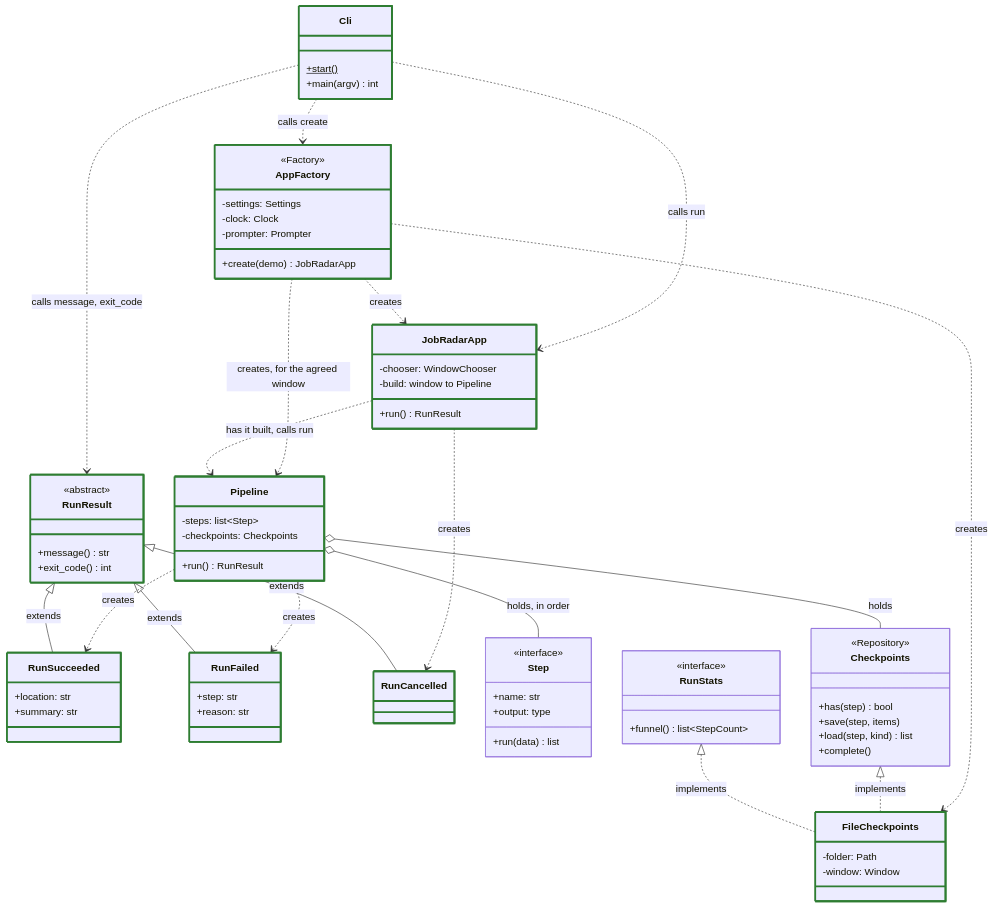
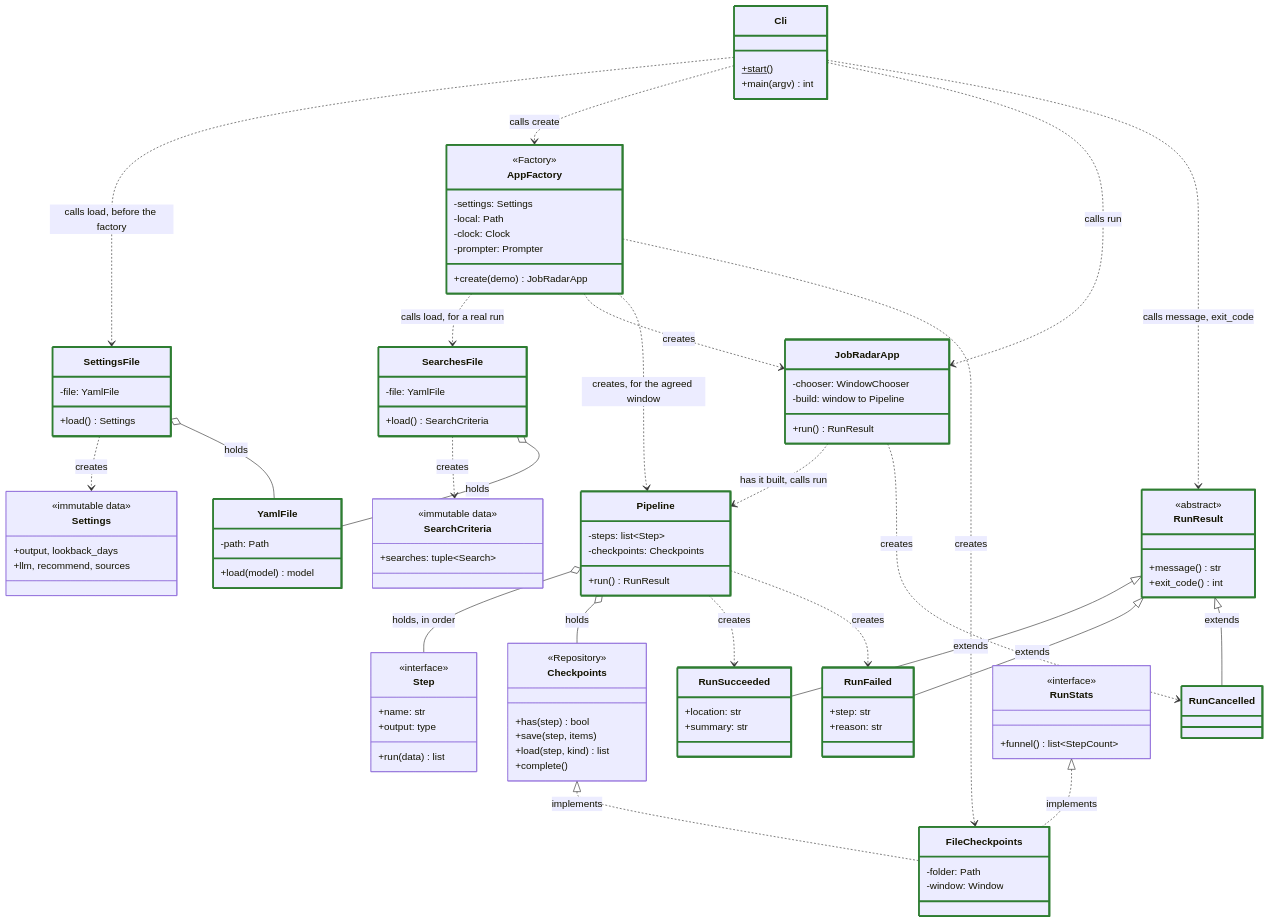
Before and after one commit to adailida/job-radar: the first of 5 diagrams in docs/architecture.md, drawn with Mermaid. The commit also changed other lines of this file and 24 other files, not shown here.

```diff
--- a/docs/architecture.md
+++ b/docs/architecture.md
@@ -30,9 +30,31 @@
     class AppFactory {
         <<Factory>>
         -settings: Settings
+        -local: Path
         -clock: Clock
         -prompter: Prompter
         +create(demo) JobRadarApp
+    }
+    class SettingsFile {
+        -file: YamlFile
+        +load() Settings
+    }
+    class SearchesFile {
+        -file: YamlFile
+        +load() SearchCriteria
+    }
+    class YamlFile {
+        -path: Path
+        +load(model) model
+    }
+    class Settings {
+        <<immutable data>>
+        +output, lookback_days
+        +llm, recommend, sources
+    }
+    class SearchCriteria {
+        <<immutable data>>
+        +searches: tuple~Search~
     }
     class JobRadarApp {
         -chooser: WindowChooser
@@ -80,6 +102,12 @@
         -window: Window
     }
 
+    Cli ..> SettingsFile : calls load, before the factory
+    SettingsFile ..> Settings : creates
+    SettingsFile o-- YamlFile : holds
+    AppFactory ..> SearchesFile : calls load, for a real run
+    SearchesFile ..> SearchCriteria : creates
+    SearchesFile o-- YamlFile : holds
     Cli ..> AppFactory : calls create
     Cli ..> JobRadarApp : calls run
     Cli ..> RunResult : calls message, exit_code
@@ -100,6 +128,9 @@
 
     style Cli stroke:#2e7d32,stroke-width:3px
     style AppFactory stroke:#2e7d32,stroke-width:3px
+    style SettingsFile stroke:#2e7d32,stroke-width:3px
+    style SearchesFile stroke:#2e7d32,stroke-width:3px
+    style YamlFile stroke:#2e7d32,stroke-width:3px
     style JobRadarApp stroke:#2e7d32,stroke-width:3px
     style RunResult stroke:#2e7d32,stroke-width:3px
     style RunSucceeded stroke:#2e7d32,stroke-width:3px
```
